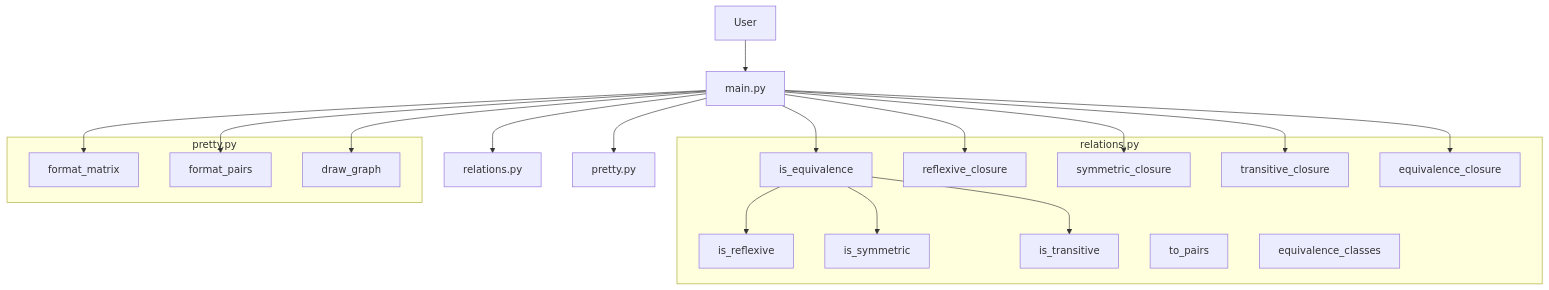
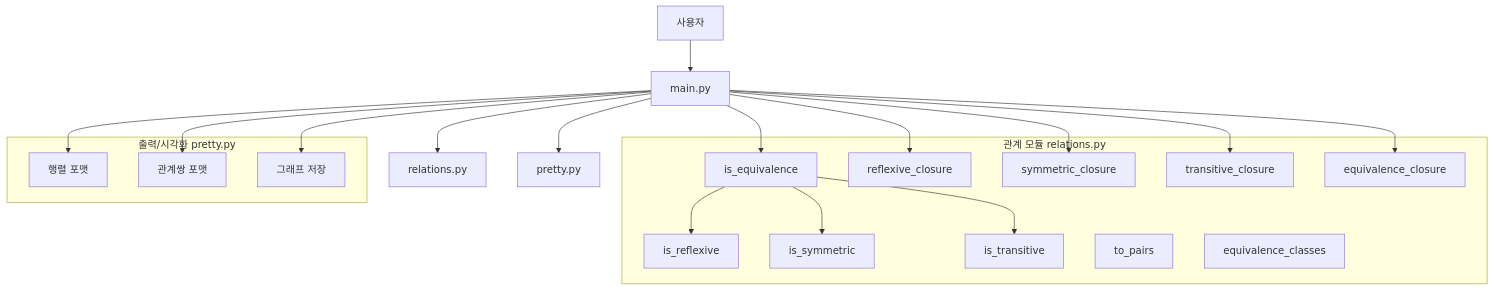
Before and after one commit to mrpc2003/Equivalence-Relationship-Discriminator: the first of 3 diagrams in README.md, drawn with Mermaid. The commit also changed other lines of this file, not shown here.

Commit message:
docs: Koreanize Mermaid diagram labels while keeping parser-friendly syntax

````diff
--- a/README.md
+++ b/README.md
@@ -46,39 +46,39 @@
 ```mermaid
 graph TD
-  U[User] --> M[main.py]
+  U[사용자] --> M[main.py]
   M --> R[relations.py]
   M --> P[pretty.py]
 
-  subgraph REL [relations.py]
+  subgraph REL [관계 모듈 relations.py]
     IR[is_reflexive]
     IS[is_symmetric]
     IT[is_transitive]
     IE[is_equivalence]
     RC[reflexive_closure]
     SC[symmetric_closure]
     TC[transitive_closure]
     EC[equivalence_closure]
     TP[to_pairs]
     CLS[equivalence_classes]
   end
 
-  subgraph PRETTY [pretty.py]
-    FM[format_matrix]
-    FP[format_pairs]
-    DG[draw_graph]
+  subgraph PRETTY [출력/시각화 pretty.py]
+    FM[행렬 포맷]
+    FP[관계쌍 포맷]
+    DG[그래프 저장]
   end
 
   M --> IE
   IE --> IR
   IE --> IS
   IE --> IT
 
   M --> RC
   M --> SC
   M --> TC
   M --> EC
 
   M --> FM
   M --> FP
   M --> DG
 ```
````
